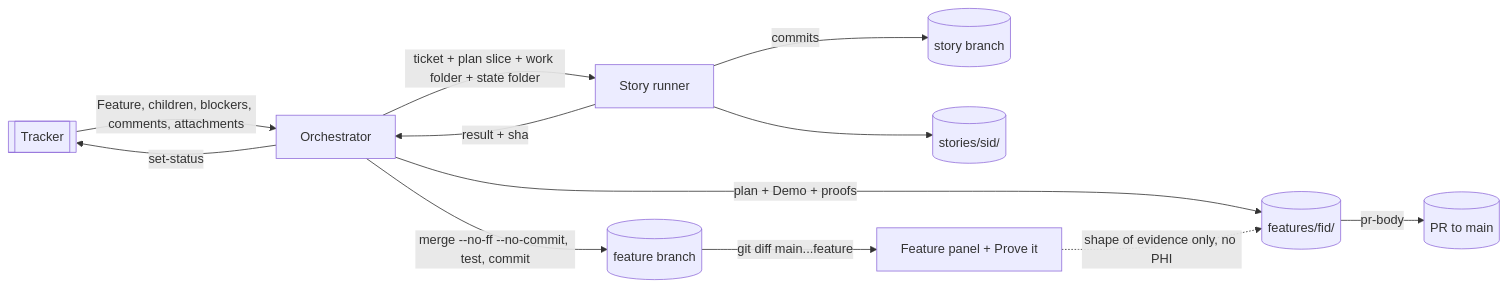
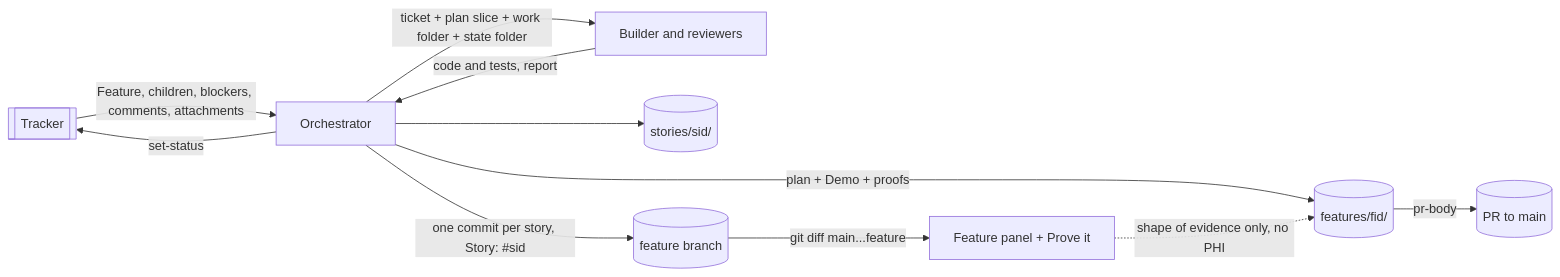
The second of 2 diagrams in ARCHITECTURE.md (anudeeps28/claude-code-harness), drawn with Mermaid before and after one commit. The commit also changed other lines of this file and 18 other files, not shown here.

First line of the commit message:
docs: architecture, ADR-0005 and the installer match the new build

````diff
--- a/ARCHITECTURE.md
+++ b/ARCHITECTURE.md
@@ -145,14 +141,13 @@
 ```mermaid
 flowchart LR
   T[[Tracker]] -->|"Feature, children, blockers, comments, attachments"| O[Orchestrator]
   O -->|"plan + Demo + proofs"| FS[("features/fid/")]
-  O -->|"ticket + plan slice + work folder + state folder"| R[Story runner]
-  R -->|"commits"| SB[(story branch)]
-  R --> SS[("stories/sid/")]
-  R -->|"result + sha"| O
-  O -->|"merge --no-ff --no-commit, test, commit"| FB[(feature branch)]
+  O -->|"ticket + plan slice + work folder + state folder"| R[Builder and reviewers]
+  R -->|"code and tests, report"| O
+  O --> SS[("stories/sid/")]
+  O -->|"one commit per story, Story: #sid"| FB[(feature branch)]
   FB -->|"git diff main...feature"| P[Feature panel + Prove it]
   P -. "shape of evidence only, no PHI" .-> FS
   O -->|"set-status"| T
   FS -->|"pr-body"| PR[(PR to main)]
 ```
````
